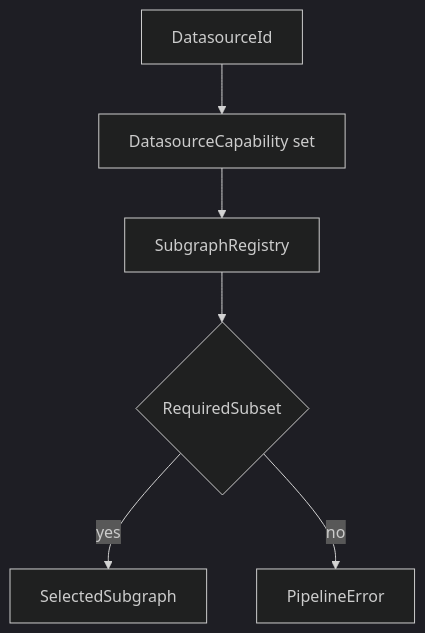
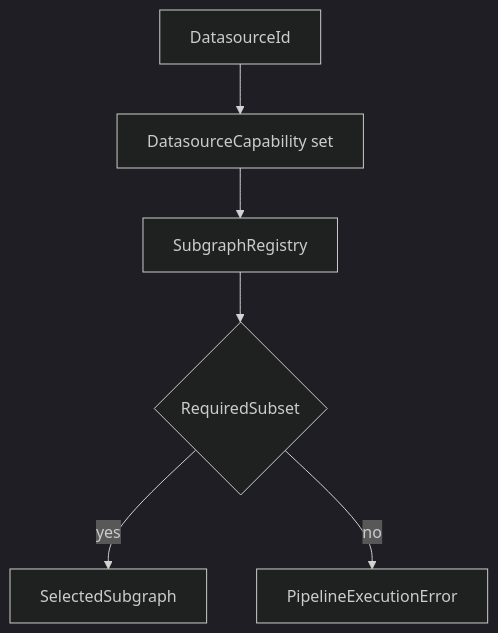
One commit to nadeem4/nl2sql changed the third of 4 diagrams in docs/architecture/pipeline.md. Above: the diagram before and after it, drawn with Mermaid (dark theme). The commit also changed other lines of this file and 4 other files, not shown here.

````diff
--- a/docs/architecture/pipeline.md
+++ b/docs/architecture/pipeline.md
@@ -64,8 +64,8 @@
 ```mermaid
 flowchart TD
     DatasourceId[DatasourceId] --> Capabilities[DatasourceCapability set]
     Capabilities --> SubgraphRegistry[SubgraphRegistry]
     SubgraphRegistry --> Match{RequiredSubset}
     Match -->|yes| Subgraph[SelectedSubgraph]
-    Match -->|no| Error[PipelineError]
+    Match -->|no| Error[PipelineExecutionError]
 ```
````
